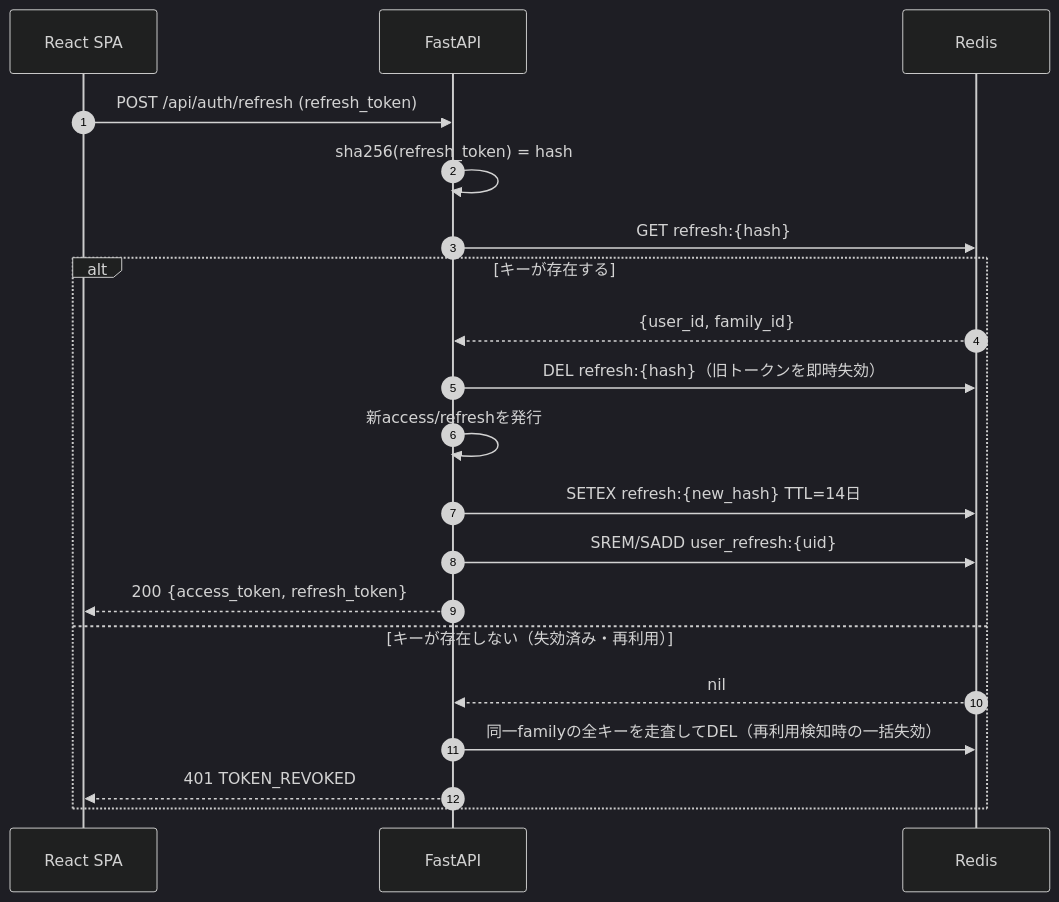
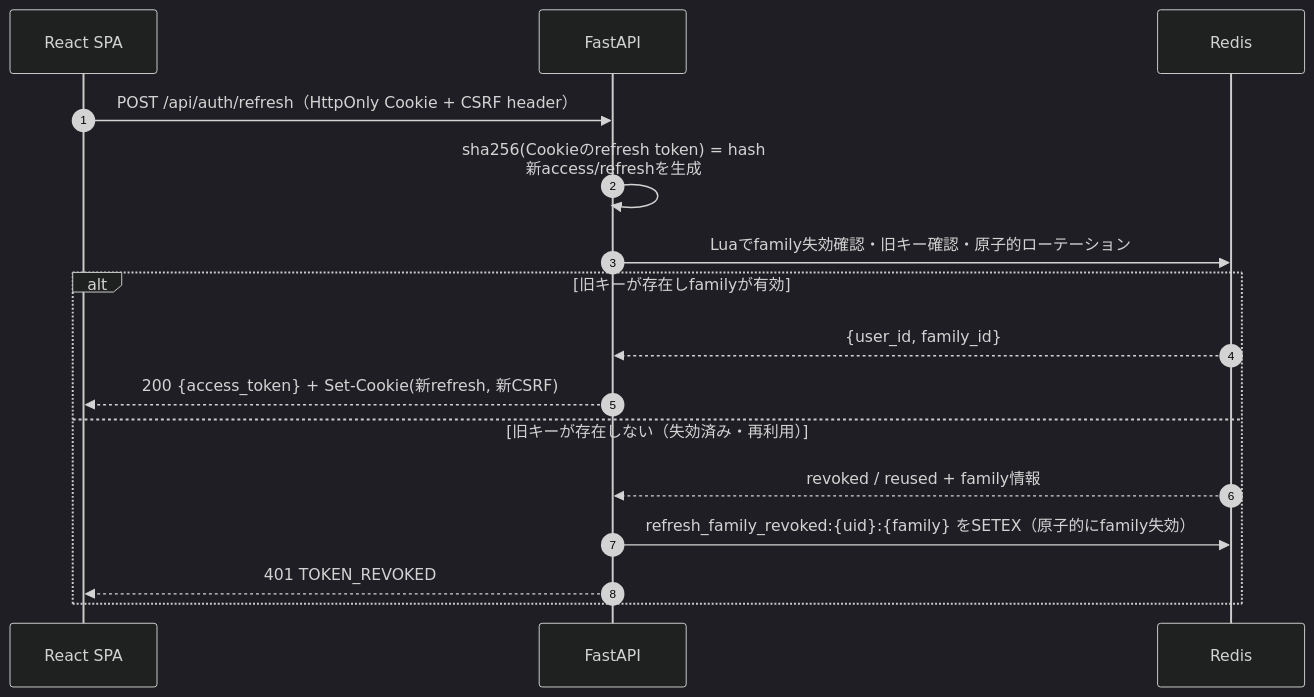
One commit to oikawa-d/task_management changed the third of 5 diagrams in basic_design/02_redis.md. Above: the diagram before and after it, drawn with Mermaid (dark theme). The commit also changed other lines of this file and 15 other files, not shown here.

````diff
--- a/basic_design/02_redis.md
+++ b/basic_design/02_redis.md
@@ -75,23 +79,19 @@
 ```mermaid
 sequenceDiagram
     autonumber
     participant FE as React SPA
     participant API as FastAPI
     participant RD as Redis
 
-    FE->>API: POST /api/auth/refresh (refresh_token)
-    API->>API: sha256(refresh_token) = hash
-    API->>RD: GET refresh:{hash}
-    alt キーが存在する
+    FE->>API: POST /api/auth/refresh（HttpOnly Cookie + CSRF header）
+    API->>API: sha256(Cookieのrefresh token) = hash<br/>新access/refreshを生成
+    API->>RD: Luaでfamily失効確認・旧キー確認・原子的ローテーション
+    alt 旧キーが存在しfamilyが有効
         RD-->>API: {user_id, family_id}
-        API->>RD: DEL refresh:{hash}（旧トークンを即時失効）
-        API->>API: 新access/refreshを発行
-        API->>RD: SETEX refresh:{new_hash} TTL=14日
-        API->>RD: SREM/SADD user_refresh:{uid}
-        API-->>FE: 200 {access_token, refresh_token}
-    else キーが存在しない（失効済み・再利用）
-        RD-->>API: nil
-        API->>RD: 同一familyの全キーを走査してDEL（再利用検知時の一括失効）
+        API-->>FE: 200 {access_token} + Set-Cookie(新refresh, 新CSRF)
+    else 旧キーが存在しない（失効済み・再利用）
+        RD-->>API: revoked / reused + family情報
+        API->>RD: refresh_family_revoked:{uid}:{family} をSETEX（原子的にfamily失効）
         API-->>FE: 401 TOKEN_REVOKED
     end
 ```
````
